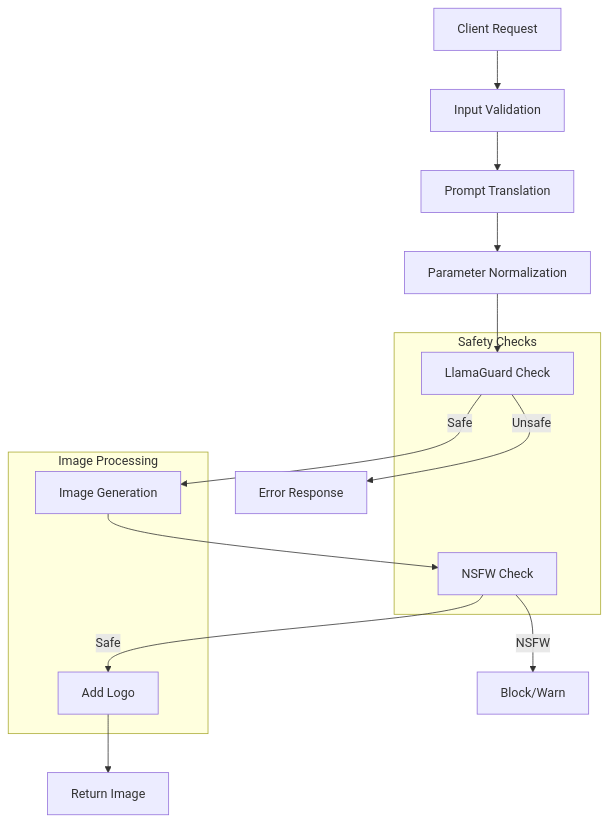
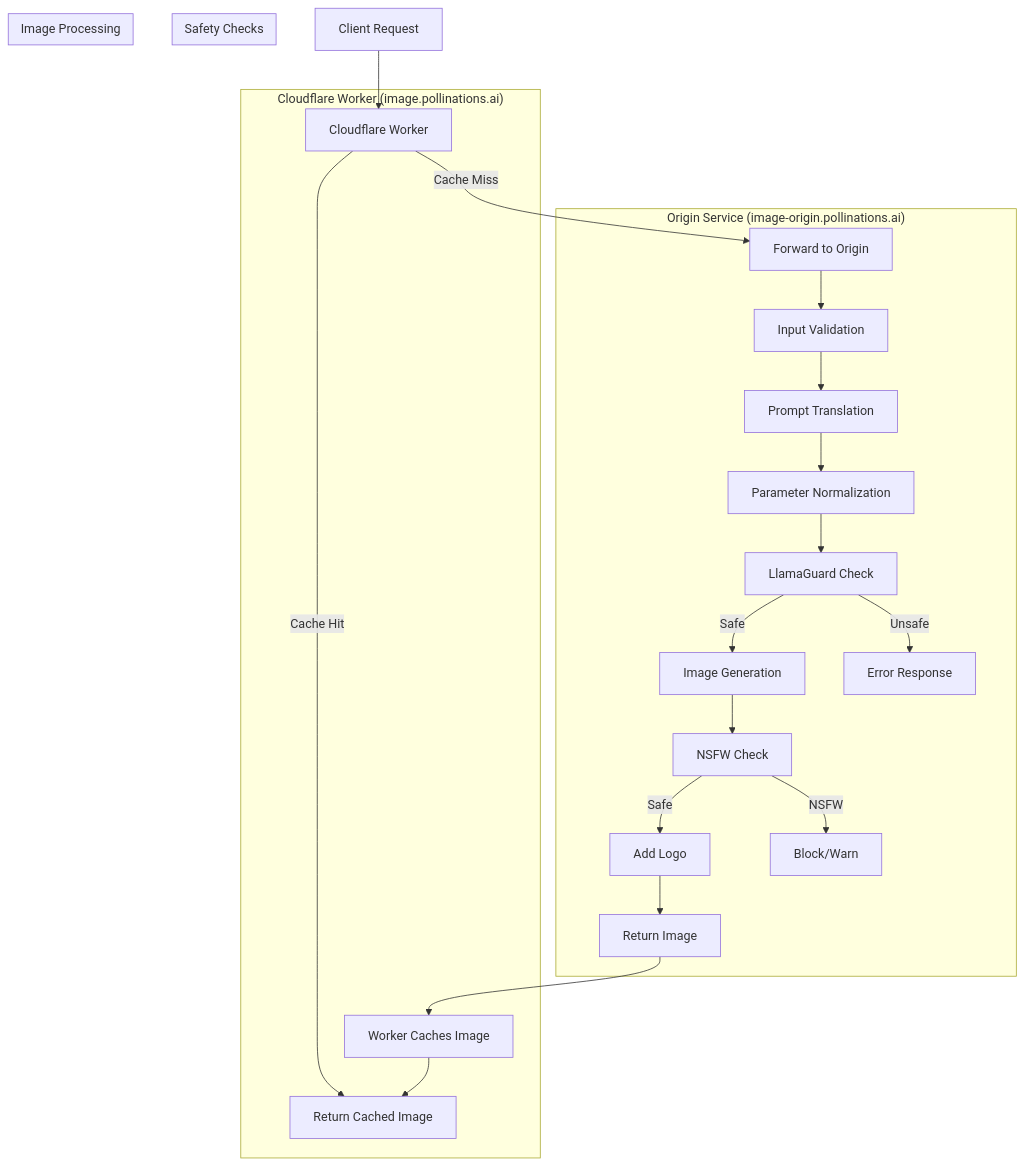
One commit to pollinations/pollinations changed the diagram in image.pollinations.ai/README.md. Above: the diagram before and after it, drawn with Mermaid. The commit also changed other lines of this file and 5 other files, not shown here.

Commit message:
Update architecture documentation with Cloudflare Worker and R2 caching setup

````diff
--- a/image.pollinations.ai/README.md
+++ b/image.pollinations.ai/README.md
@@ -5,23 +7,48 @@
 ```mermaid
 flowchart TD
-    A[Client Request] --> B[Input Validation]
-    B --> C[Prompt Translation]
-    C --> D[Parameter Normalization]
-    D --> E[LlamaGuard Check]
-    E -->|Safe| F[Image Generation]
-    E -->|Unsafe| G[Error Response]
-    F --> H[NSFW Check]
-    H -->|Safe| I[Add Logo]
-    H -->|NSFW| J[Block/Warn]
-    I --> K[Return Image]
+    A[Client Request] --> B[Cloudflare Worker]
+    B -->|Cache Hit| C[Return Cached Image]
+    B -->|Cache Miss| D[Forward to Origin]
+    D --> E[Input Validation]
+    E --> F[Prompt Translation]
+    F --> G[Parameter Normalization]
+    G --> H[LlamaGuard Check]
+    H -->|Safe| I[Image Generation]
+    H -->|Unsafe| J[Error Response]
+    I --> K[NSFW Check]
+    K -->|Safe| L[Add Logo]
+    K -->|NSFW| M[Block/Warn]
+    L --> N[Return Image]
+    N --> O[Worker Caches Image]
+    O --> C
     
-    subgraph Safety Checks
-        E
-        H
+    subgraph "Cloudflare Worker (image.pollinations.ai)"
+        B
+        C
+        O
     end
     
-    subgraph Image Processing
+    subgraph "Origin Service (image-origin.pollinations.ai)"
+        D
+        E
         F
+        G
+        H
         I
+        J
+        K
+        L
+        M
+        N
+    end
+    
+    subgraph "Safety Checks"
+        H
+        K
+    end
+    
+    subgraph "Image Processing"
+        I
+        L
     end
 ```
````
